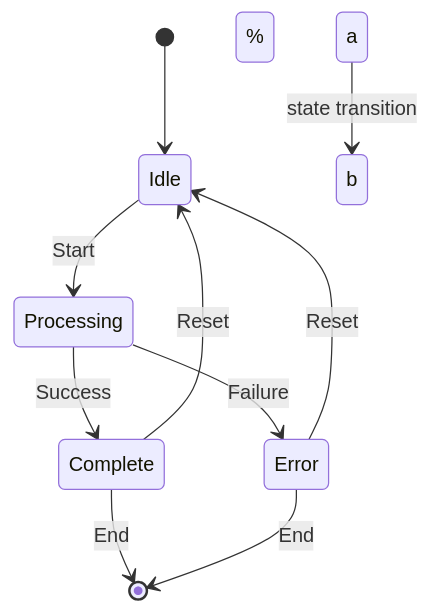
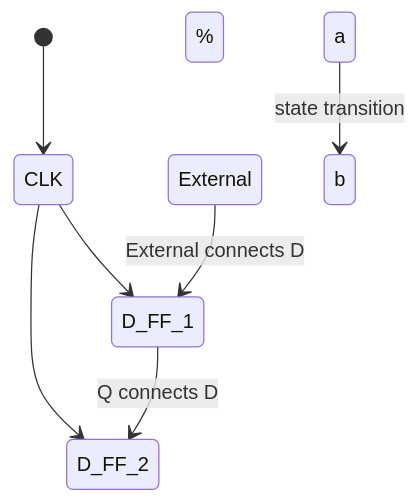
Before and after one commit to Henry8r8w/Self-Study-Notes: the second of 2 diagrams in Digital Design and Hardware/CSE 369 - UofWa/L5_Finite State Machine.md, drawn with Mermaid. The commit also changed other lines of this file, not shown here.

````diff
--- a/Digital Design and Hardware/CSE 369 - UofWa/L5_Finite State Machine.md
+++ b/Digital Design and Hardware/CSE 369 - UofWa/L5_Finite State Machine.md
@@ -1,17 +42,14 @@
 ```mermaid
 
 stateDiagram-v2
-    [*] --> Idle
-    Idle --> Processing: Start
-    Processing --> Complete: Success
-    Processing --> Error: Failure
-    Complete --> Idle: Reset
-    Error --> Idle: Reset
-    Complete --> [*]: End
-    Error --> [*]: End
+    [*] --> CLK
+    CLK--> D_FF_1
+    CLK --> D_FF_2
+    D_FF_1--> D_FF_2: Q connects D
+    External --> D_FF_1: External connects D
 
 %% [*] is your initial state at the beginning and end at the last line
 %% --> gets you a pointer
 %% strucutre of your state diagram
     % a --> b : state transition
 ```
````
